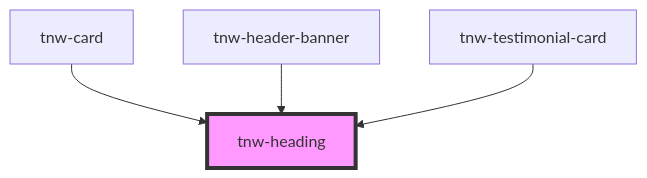
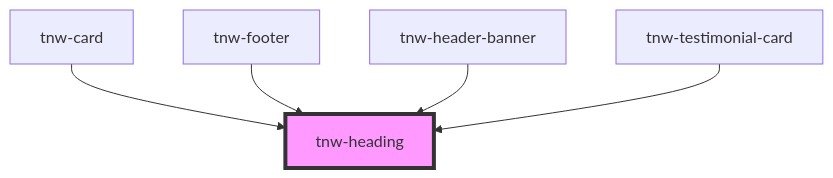
One commit to technway/technway-component-library changed the diagram in packages/stencil-library/src/components/tnw-heading/readme.md. Above: the diagram before and after it, drawn with Mermaid. The commit also changed other lines of this file and 18 other files, not shown here.

Commit message:
feat(components): improve tnw-footer and tnw-newsletter-form

````diff
--- a/packages/stencil-library/src/components/tnw-heading/readme.md
+++ b/packages/stencil-library/src/components/tnw-heading/readme.md
@@ -99,7 +100,8 @@
 ```mermaid
 graph TD;
   tnw-card --> tnw-heading
+  tnw-footer --> tnw-heading
   tnw-header-banner --> tnw-heading
   tnw-testimonial-card --> tnw-heading
   style tnw-heading fill:#f9f,stroke:#333,stroke-width:4px
 ```
````
